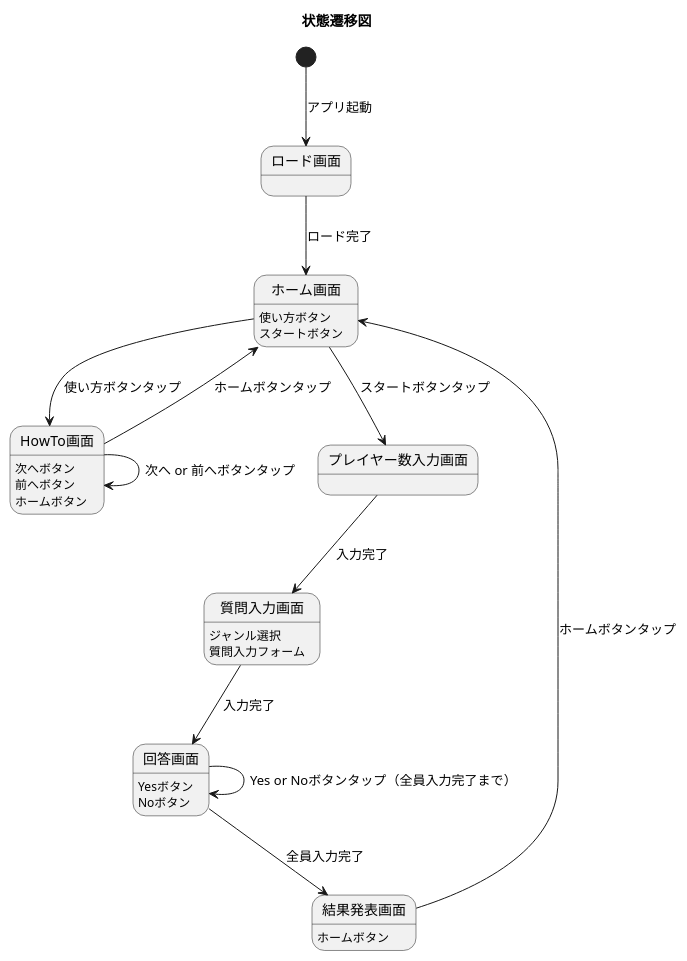
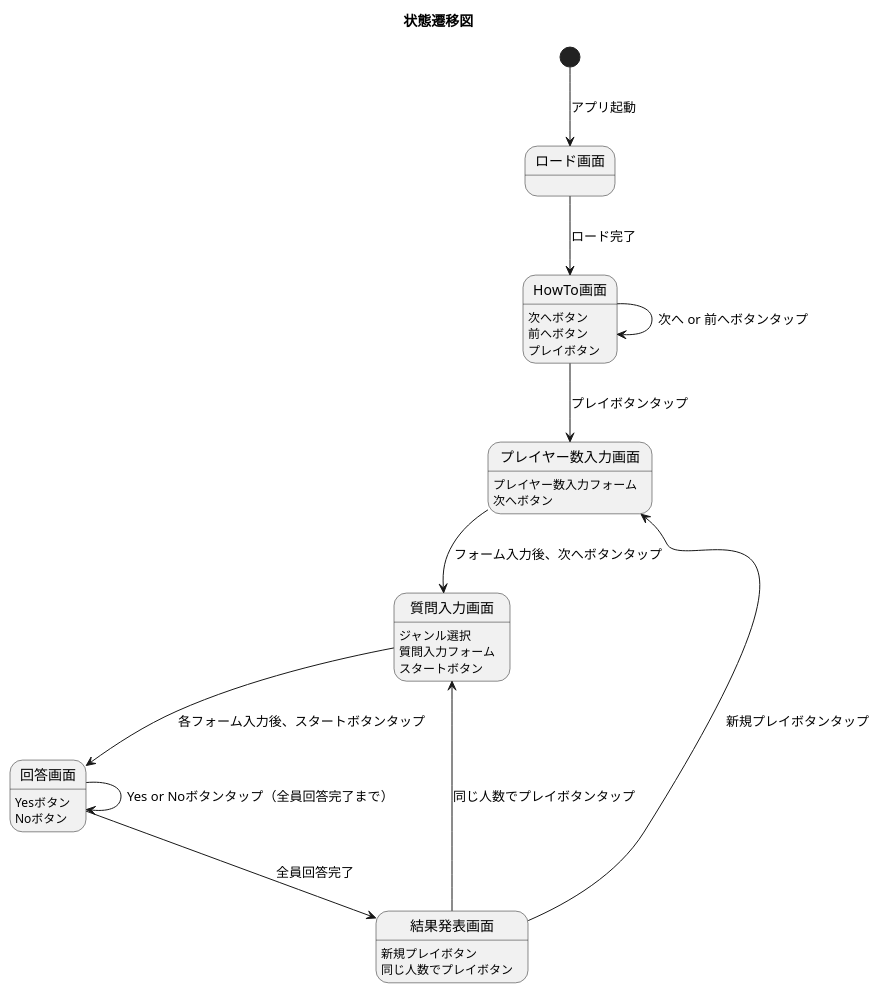
The diagram in documentations/StateChangeDiagram.puml (narugit/partytion), drawn with PlantUML before and after one commit.

Commit message:
remove hoem display

```diff
--- a/documentations/StateChangeDiagram.puml
+++ b/documentations/StateChangeDiagram.puml
@@ -1,41 +1,42 @@
 @startuml
 
 title 状態遷移図
 skinparam shadowing false
 
 
 state load as "ロード画面" 
-state home as "ホーム画面" 
-    home : 使い方ボタン
-    home : スタートボタン
 
 state howTo as "HowTo画面"
     howTo : 次へボタン
     howTo : 前へボタン
-    howTo : ホームボタン
+    howTo : プレイボタン
 
 state players as "プレイヤー数入力画面"
+    players : プレイヤー数入力フォーム
+    players : 次へボタン
+
 state question as "質問入力画面"
     question : ジャンル選択
     question : 質問入力フォーム
+    question : スタートボタン
 
 state answer as "回答画面"
     answer : Yesボタン
     answer : Noボタン
 
 state result as "結果発表画面"
-    result : ホームボタン
+    result : 新規プレイボタン
+    result : 同じ人数でプレイボタン
 
 [*] --> load : アプリ起動
-load --> home : ロード完了
-home --> howTo : 使い方ボタンタップ
-howTo --> home : ホームボタンタップ
+load --> howTo : ロード完了
 howTo --> howTo : 次へ or 前へボタンタップ
-home --> players : スタートボタンタップ
-players --> question : 入力完了
-question --> answer : 入力完了
-answer --> answer : Yes or Noボタンタップ（全員入力完了まで）
-answer --> result : 全員入力完了
-result --> home : ホームボタンタップ
+howTo --> players : プレイボタンタップ
+players --> question : フォーム入力後、次へボタンタップ
+question --> answer : 各フォーム入力後、スタートボタンタップ
+answer --> answer : Yes or Noボタンタップ（全員回答完了まで）
+answer --> result : 全員回答完了
+result --> players : 　新規プレイボタンタップ
+result --> question : 同じ人数でプレイボタンタップ
 
 @enduml
```
